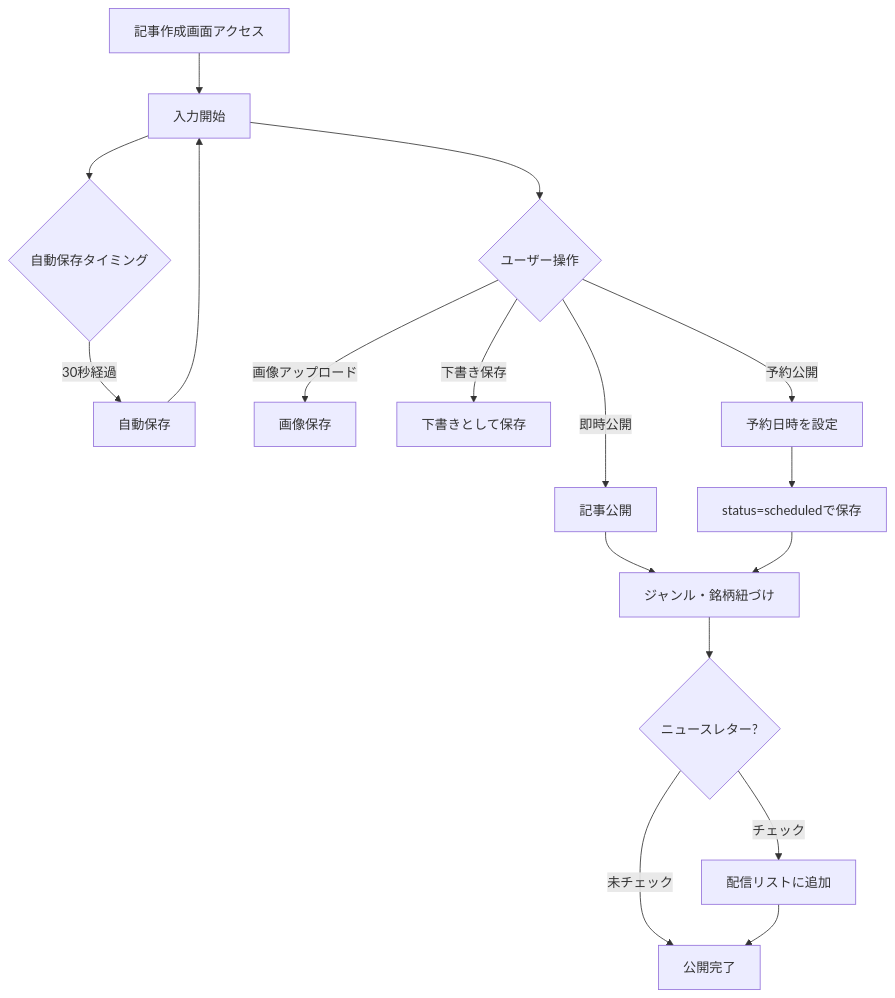
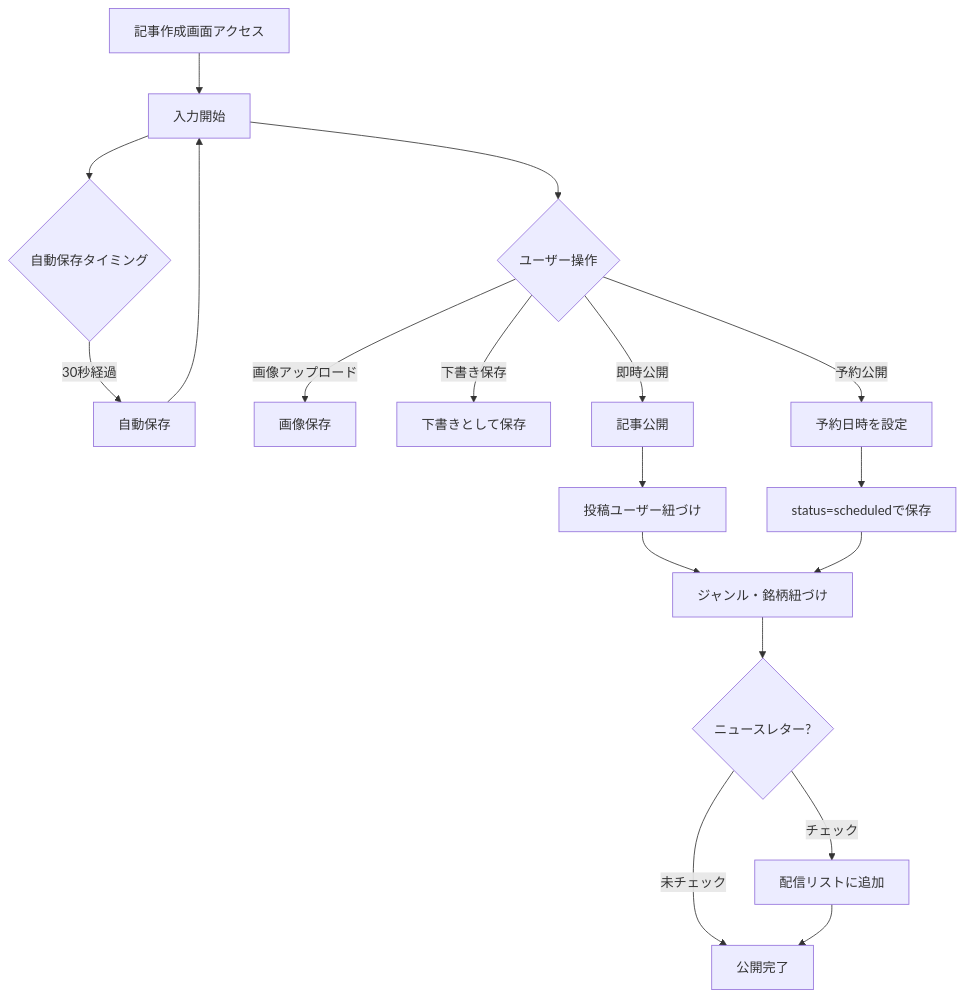
Before and after one commit to RRRRRRR-777/SikouLab: the second of 3 diagrams in docs/functions/article/create-edit.md, drawn with Mermaid. The commit also changed other lines of this file and 5 other files, not shown here.

````diff
--- a/docs/functions/article/create-edit.md
+++ b/docs/functions/article/create-edit.md
@@ -149,25 +164,26 @@
 ```mermaid
 flowchart TD
     A[記事作成画面アクセス] --> B[入力開始]
     B --> C{自動保存タイミング}
     C -->|30秒経過| D[自動保存]
     D --> B
 
     B --> E{ユーザー操作}
 
     E -->|画像アップロード| F[画像保存]
     E -->|下書き保存| G[下書きとして保存]
     E -->|即時公開| H[記事公開]
     E -->|予約公開| I[予約日時を設定]
 
     %% 即時公開フロー
-    H --> J[ジャンル・銘柄紐づけ]
+    H --> H1[投稿ユーザー紐づけ]
+    H1 --> J[ジャンル・銘柄紐づけ]
     J --> K{ニュースレター?}
     K -->|チェック| L[配信リストに追加]
     K -->|未チェック| M[公開完了]
     L --> M
 
     %% 予約公開フロー（バッチ処理の詳細は schedule.md 参照）
     I --> N[status=scheduledで保存]
     N --> J[ジャンル・銘柄紐づけ]
 ```
````
